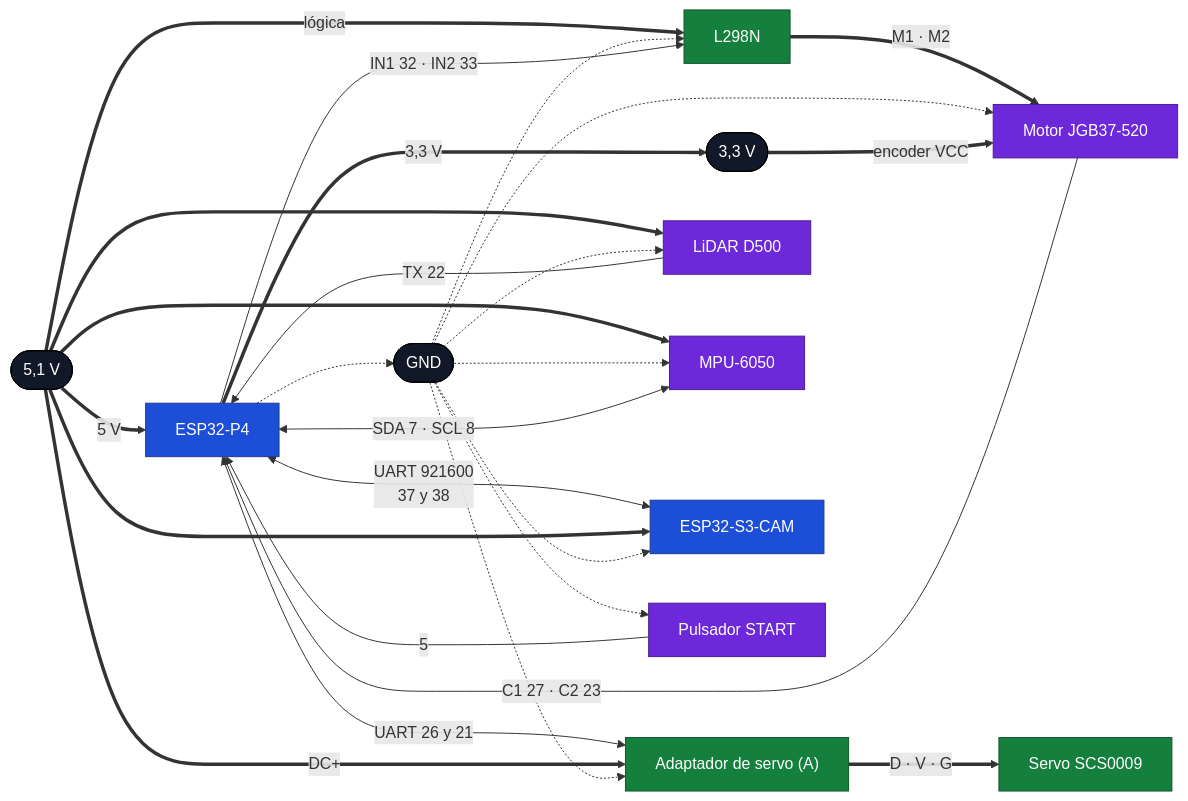
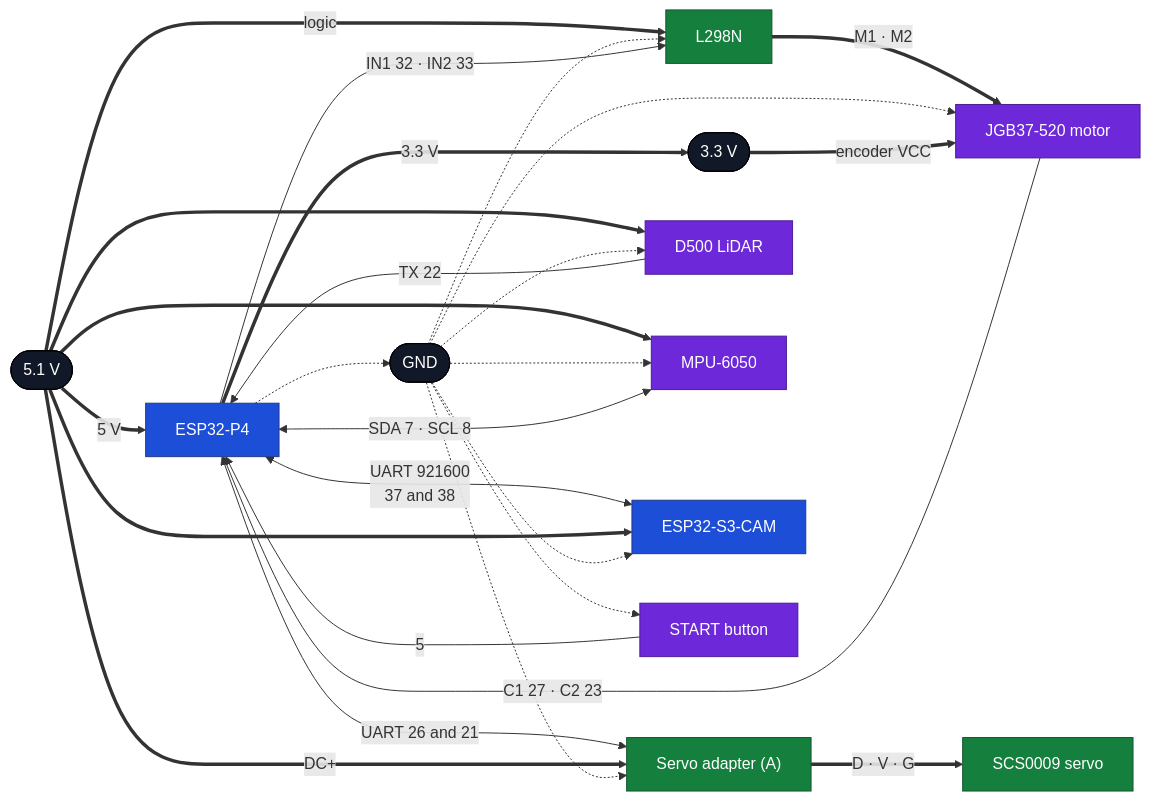
Before and after one commit to Eddym06/AutoNex: the fifth of 5 diagrams in docs/ELECTRONICS.md, drawn with Mermaid. The commit also changed other lines of this file, not shown here.

````diff
--- a/docs/ELECTRONICS.md
+++ b/docs/ELECTRONICS.md
@@ -430,58 +428,58 @@
 ```mermaid
 flowchart LR
-    BUS(["5,1 V"])
-    V33(["3,3 V"])
+    BUS(["5.1 V"])
+    V33(["3.3 V"])
     GND(["GND"])
 
     P4["ESP32-P4"]
 
     L298["L298N"]
-    MOT["Motor JGB37-520"]
-    ADP["Adaptador de servo (A)"]
-    SRV["Servo SCS0009"]
-    LID["LiDAR D500"]
+    MOT["JGB37-520 motor"]
+    ADP["Servo adapter (A)"]
+    SRV["SCS0009 servo"]
+    LID["D500 LiDAR"]
     IMU["MPU-6050"]
     S3["ESP32-S3-CAM"]
-    BTN["Pulsador START"]
+    BTN["START button"]
 
     BUS ==>|"5 V"| P4
-    P4 ==>|"3,3 V"| V33
+    P4 ==>|"3.3 V"| V33
     P4 -.-> GND
 
-    BUS ==>|"lógica"| L298
+    BUS ==>|"logic"| L298
     GND -.-> L298
     P4 -->|"IN1 32 · IN2 33"| L298
     L298 ==>|"M1 · M2"| MOT
     GND -.-> MOT
     V33 ==>|"encoder VCC"| MOT
     MOT -->|"C1 27 · C2 23"| P4
 
-    P4 <-->|"UART 26 y 21"| ADP
+    P4 <-->|"UART 26 and 21"| ADP
     BUS ==>|"DC+"| ADP
     GND -.-> ADP
     ADP ==>|"D · V · G"| SRV
 
     LID -->|"TX 22"| P4
     BUS ==> LID
     GND -.-> LID
 
     IMU <-->|"SDA 7 · SCL 8"| P4
     BUS ==> IMU
     GND -.-> IMU
 
-    P4 <-->|"UART 921600<br/>37 y 38"| S3
+    P4 <-->|"UART 921600<br/>37 and 38"| S3
     BUS ==> S3
     GND -.-> S3
 
     BTN -->|"5"| P4
     GND -.-> BTN
 
     classDef rails fill:#111827,stroke:#000000,color:#ffffff
-    classDef ctrl fill:#1d4ed8,stroke:#1e3a8a,color:#ffffff
-    classDef act fill:#15803d,stroke:#14532d,color:#ffffff
-    classDef sen fill:#6d28d9,stroke:#4c1d95,color:#ffffff
+    classDef control fill:#1d4ed8,stroke:#1e3a8a,color:#ffffff
+    classDef actuator fill:#15803d,stroke:#14532d,color:#ffffff
+    classDef sensor fill:#6d28d9,stroke:#4c1d95,color:#ffffff
     class BUS,V33,GND rails
-    class P4,S3 ctrl
-    class L298,SRV,ADP act
-    class MOT,LID,IMU,BTN sen
+    class P4,S3 control
+    class L298,SRV,ADP actuator
+    class MOT,LID,IMU,BTN sensor
 ```
````
